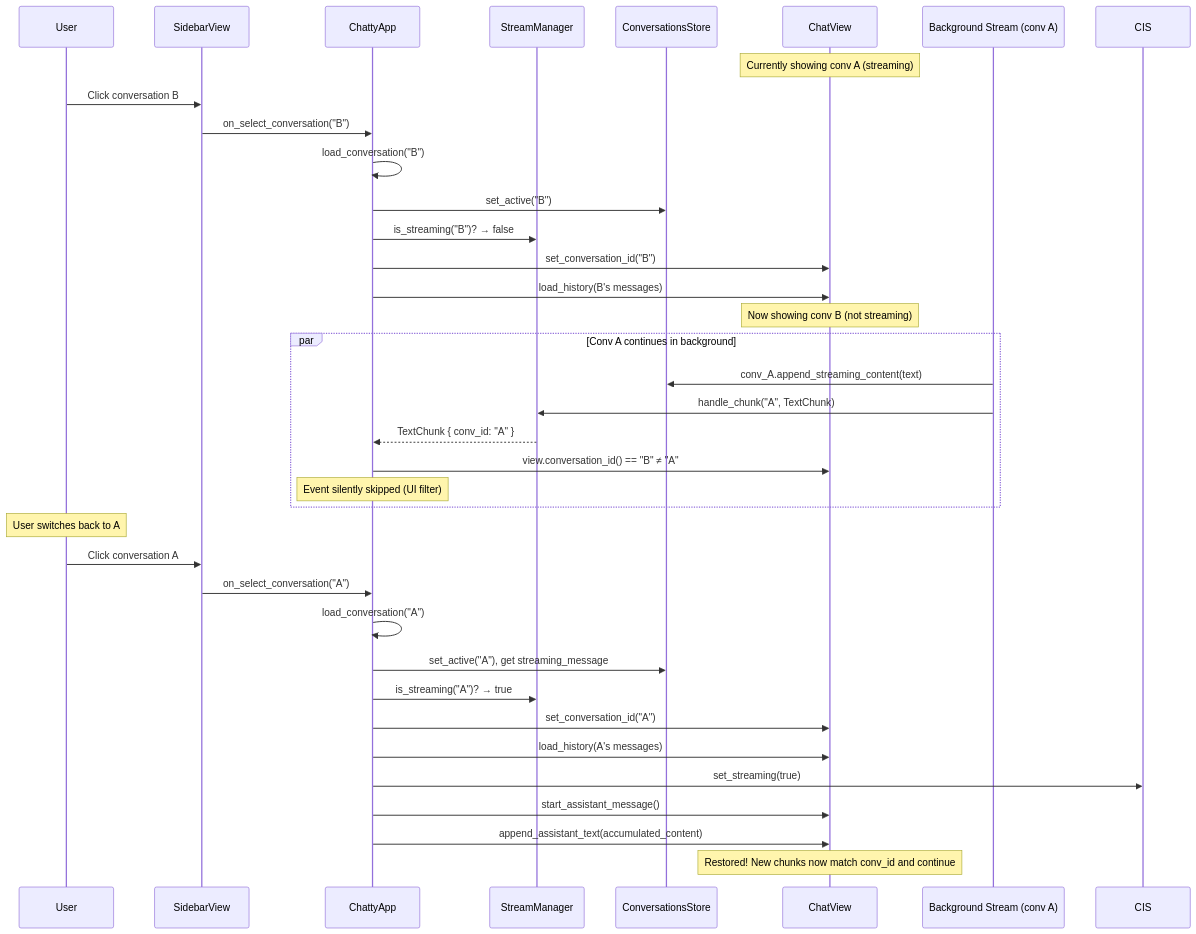
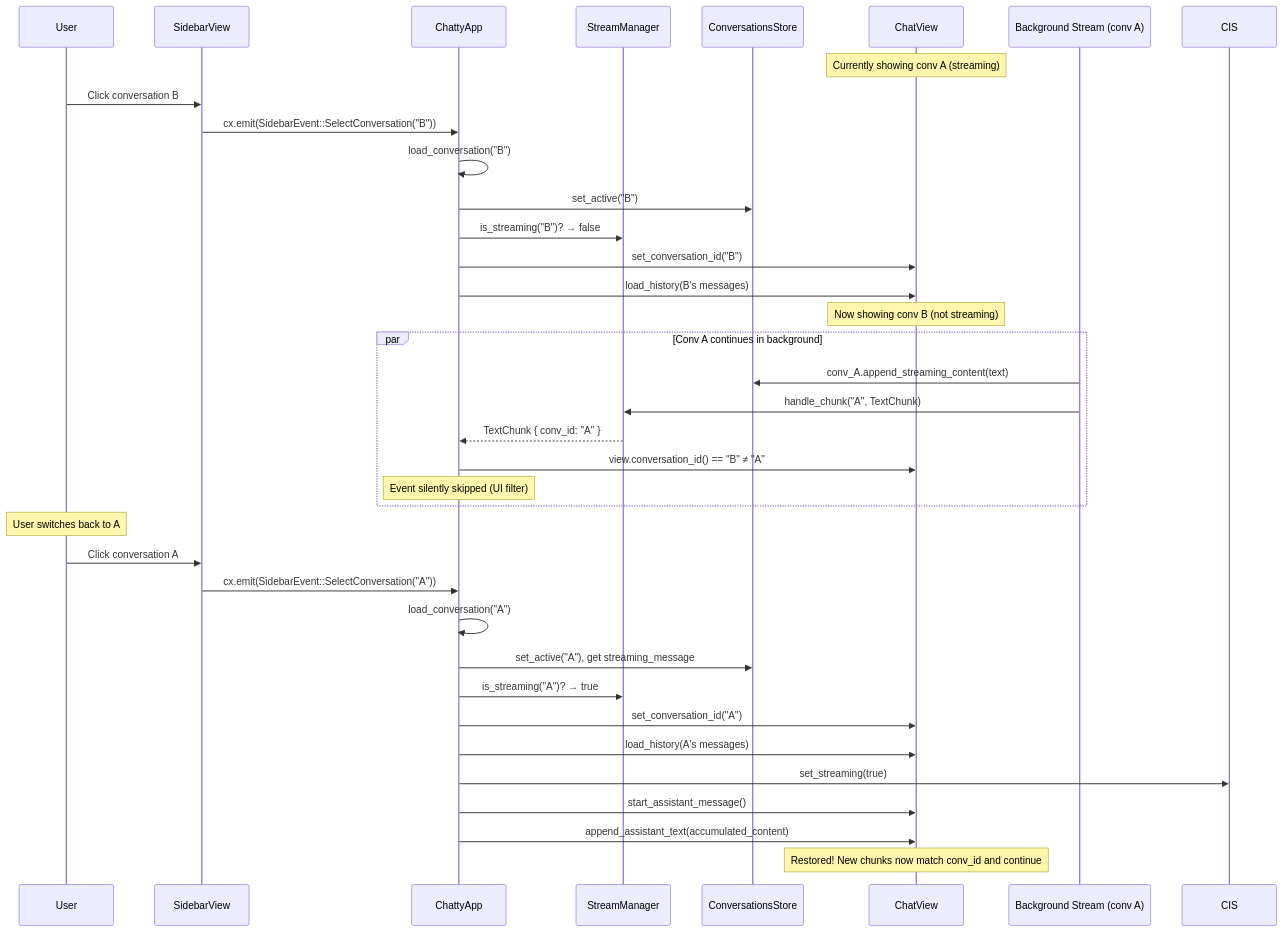
Before and after one commit to boersmamarcel/chatty2: the fourth of 6 diagrams in docs/stream-manager.md, drawn with Mermaid. The commit also changed other lines of this file and 4 other files, not shown here.

````diff
--- a/docs/stream-manager.md
+++ b/docs/stream-manager.md
@@ -201,45 +199,45 @@
 ```mermaid
 sequenceDiagram
     participant U as User
     participant SB as SidebarView
     participant CA as ChattyApp
     participant SM as StreamManager
     participant CS as ConversationsStore
     participant CV as ChatView
     participant BG as Background Stream (conv A)
 
     Note over CV: Currently showing conv A (streaming)
 
     U->>SB: Click conversation B
-    SB->>CA: on_select_conversation("B")
+    SB->>CA: cx.emit(SidebarEvent::SelectConversation("B"))
     CA->>CA: load_conversation("B")
     CA->>CS: set_active("B")
     CA->>SM: is_streaming("B")? → false
     CA->>CV: set_conversation_id("B")
     CA->>CV: load_history(B's messages)
 
     Note over CV: Now showing conv B (not streaming)
 
     par Conv A continues in background
         BG->>CS: conv_A.append_streaming_content(text)
         BG->>SM: handle_chunk("A", TextChunk)
         SM-->>CA: TextChunk { conv_id: "A" }
         CA->>CV: view.conversation_id() == "B" ≠ "A"
         Note over CA: Event silently skipped (UI filter)
     end
 
     Note over U: User switches back to A
 
     U->>SB: Click conversation A
-    SB->>CA: on_select_conversation("A")
+    SB->>CA: cx.emit(SidebarEvent::SelectConversation("A"))
     CA->>CA: load_conversation("A")
     CA->>CS: set_active("A"), get streaming_message
     CA->>SM: is_streaming("A")? → true
     CA->>CV: set_conversation_id("A")
     CA->>CV: load_history(A's messages)
     CA->>CIS: set_streaming(true)
     CA->>CV: start_assistant_message()
     CA->>CV: append_assistant_text(accumulated_content)
 
     Note over CV: Restored! New chunks now match conv_id and continue
 ```
````
